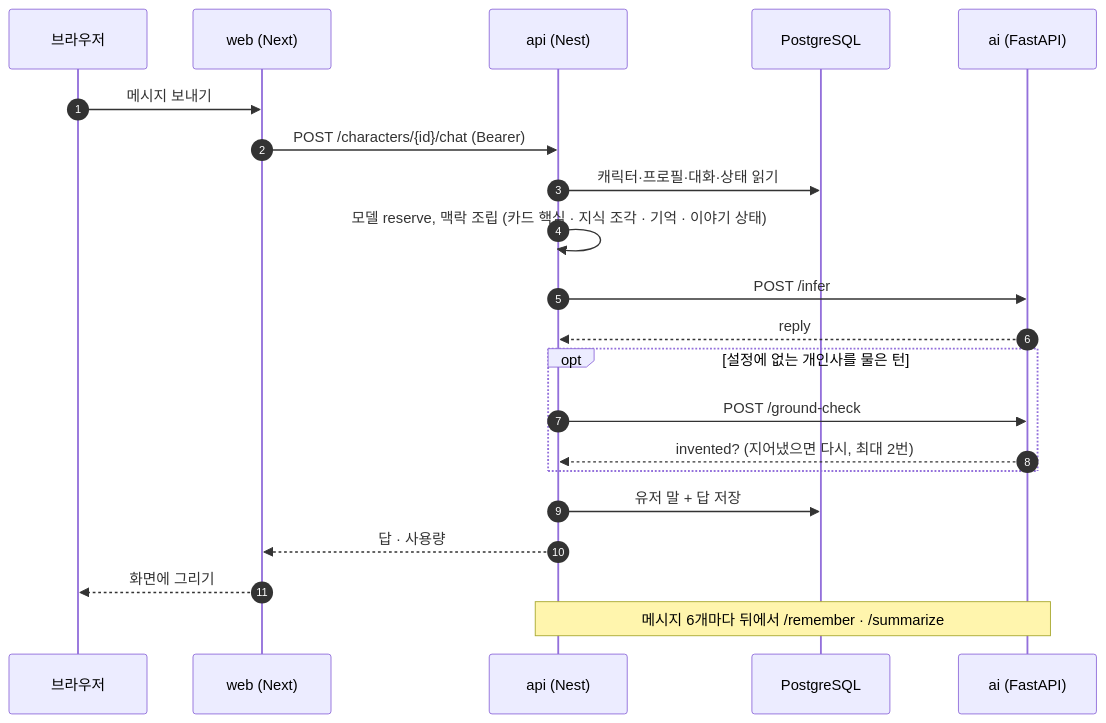
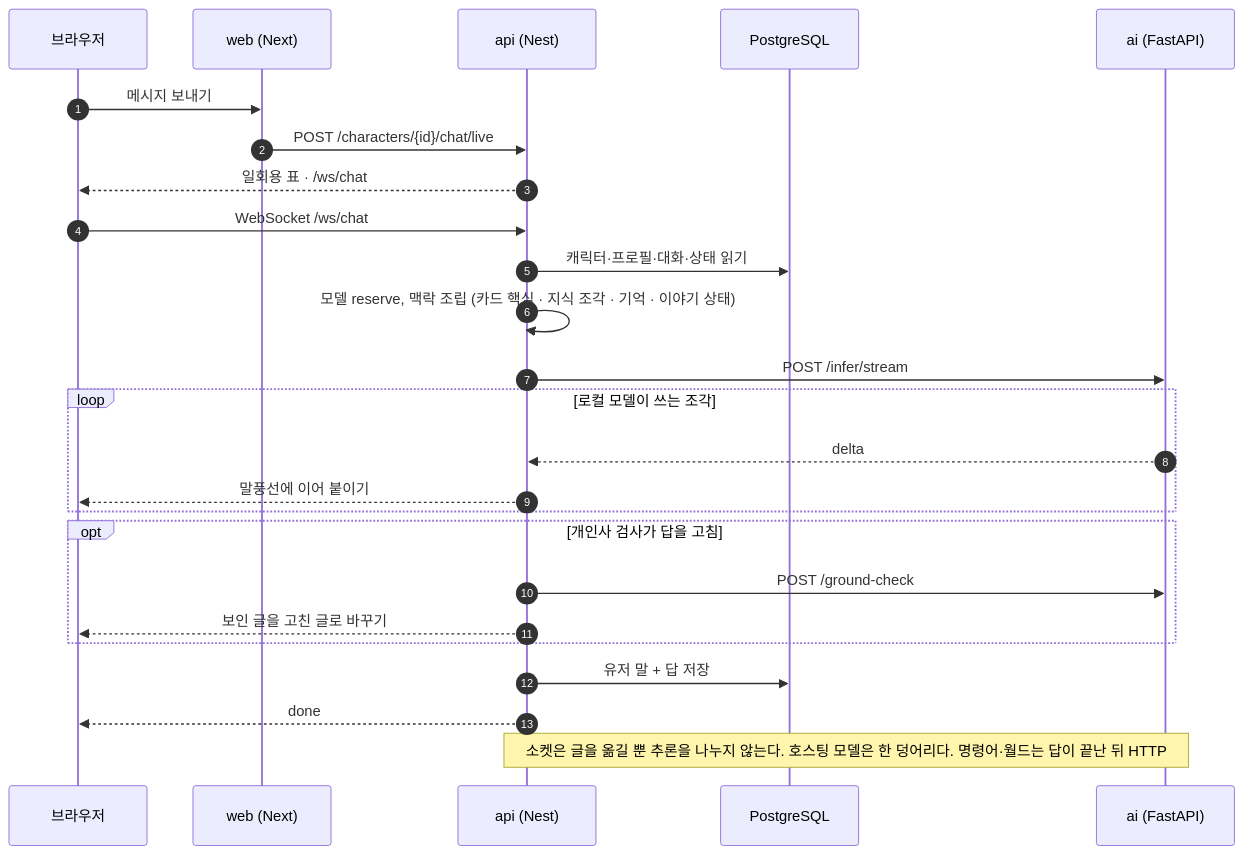
Before and after one commit to samam0234/CodiComperChat: the fourth of 6 diagrams in README.md, drawn with Mermaid. The commit also changed other lines of this file and 36 other files, not shown here.

````diff
--- a/README.md
+++ b/README.md
@@ -168,23 +168,27 @@
 ```mermaid
 sequenceDiagram
   autonumber
   participant B as 브라우저
   participant W as web (Next)
   participant N as api (Nest)
   participant D as PostgreSQL
   participant A as ai (FastAPI)
   B->>W: 메시지 보내기
-  W->>N: POST /characters/{id}/chat (Bearer)
+  W->>N: POST /characters/{id}/chat/live
+  N-->>B: 일회용 표 · /ws/chat
+  B->>N: WebSocket /ws/chat
   N->>D: 캐릭터·프로필·대화·상태 읽기
   N->>N: 모델 reserve, 맥락 조립 (카드 핵심 · 지식 조각 · 기억 · 이야기 상태)
-  N->>A: POST /infer
-  A-->>N: reply
-  opt 설정에 없는 개인사를 물은 턴
+  N->>A: POST /infer/stream
+  loop 로컬 모델이 쓰는 조각
+    A-->>N: delta
+    N-->>B: 말풍선에 이어 붙이기
+  end
+  opt 개인사 검사가 답을 고침
     N->>A: POST /ground-check
-    A-->>N: invented? (지어냈으면 다시, 최대 2번)
+    N-->>B: 보인 글을 고친 글로 바꾸기
   end
   N->>D: 유저 말 + 답 저장
-  N-->>W: 답 · 사용량
-  W-->>B: 화면에 그리기
-  Note over N,A: 메시지 6개마다 뒤에서 /remember · /summarize
+  N-->>B: done
+  Note over N,A: 소켓은 글을 옮길 뿐 추론을 나누지 않는다. 호스팅 모델은 한 덩어리다. 명령어·월드는 답이 끝난 뒤 HTTP
 ```
````
